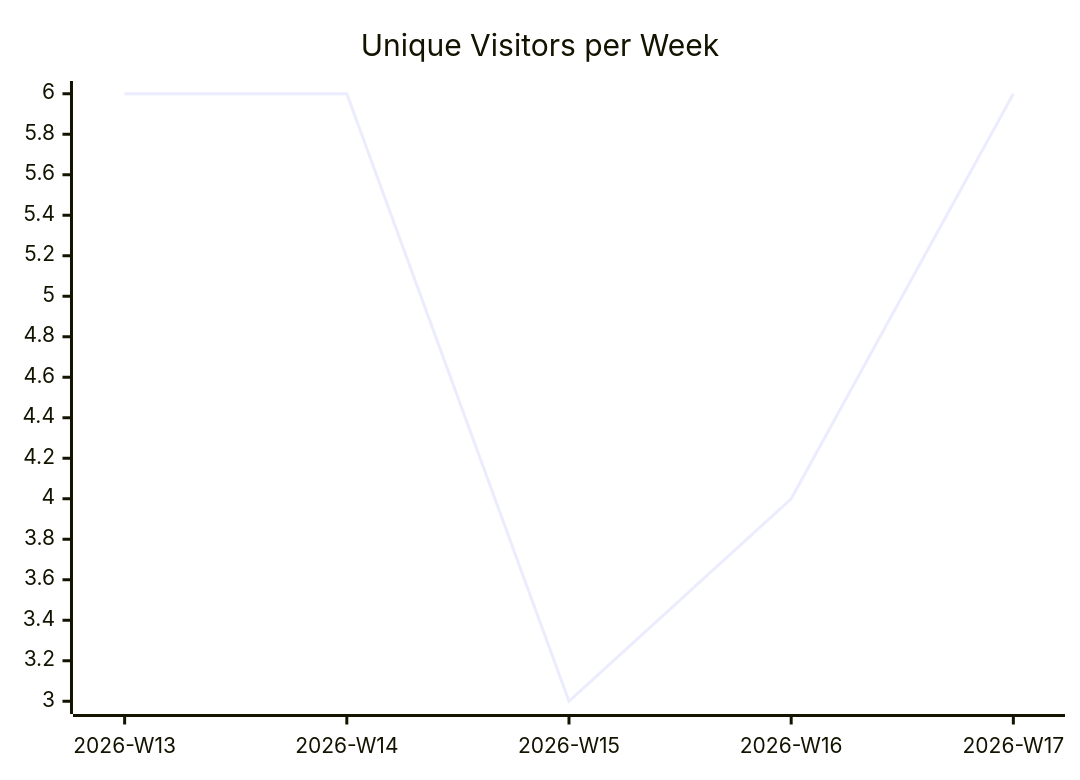
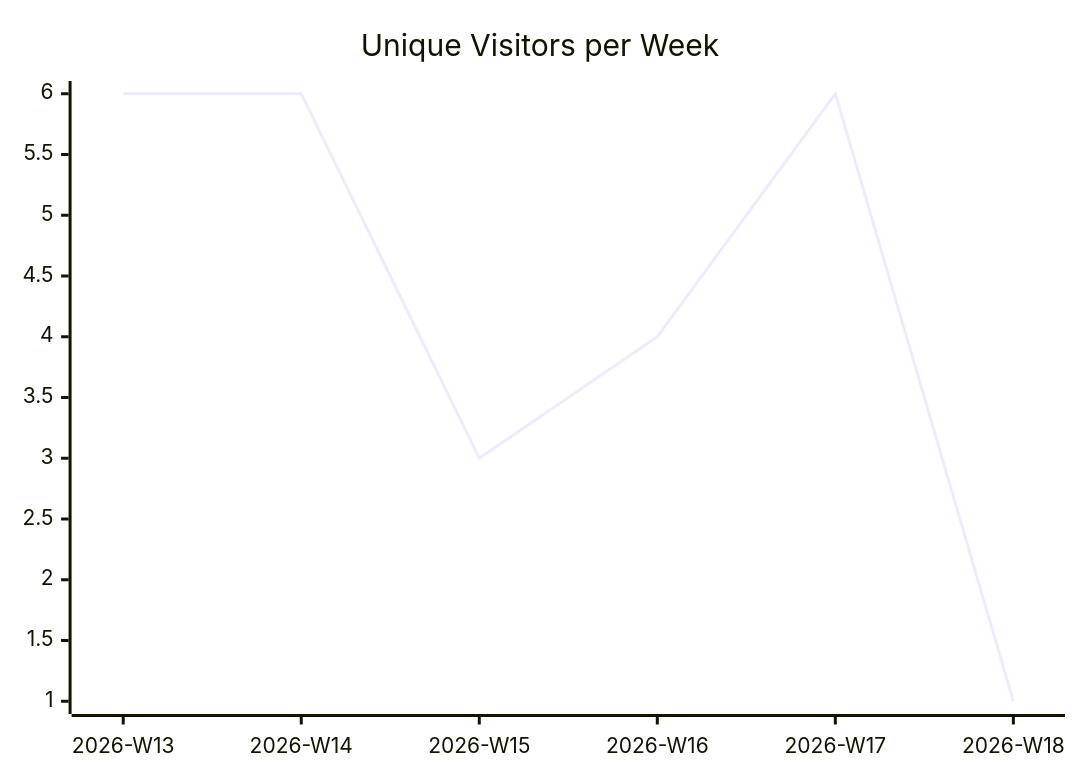
Before and after one commit to justdavis-family/github-analytics-data: the first of 3 diagrams in karlmdavis/ksoap2-android/README.md, drawn with Mermaid. The commit also changed other lines of this file and 184 other files, not shown here.

````diff
--- a/karlmdavis/ksoap2-android/README.md
+++ b/karlmdavis/ksoap2-android/README.md
@@ -5,6 +5,6 @@
 ```mermaid
 xychart-beta
   title "Unique Visitors per Week"
-  x-axis ["2026-W13", "2026-W14", "2026-W15", "2026-W16", "2026-W17"]
-  line [6, 6, 3, 4, 6]
+  x-axis ["2026-W13", "2026-W14", "2026-W15", "2026-W16", "2026-W17", "2026-W18"]
+  line [6, 6, 3, 4, 6, 1]
 ```
````
